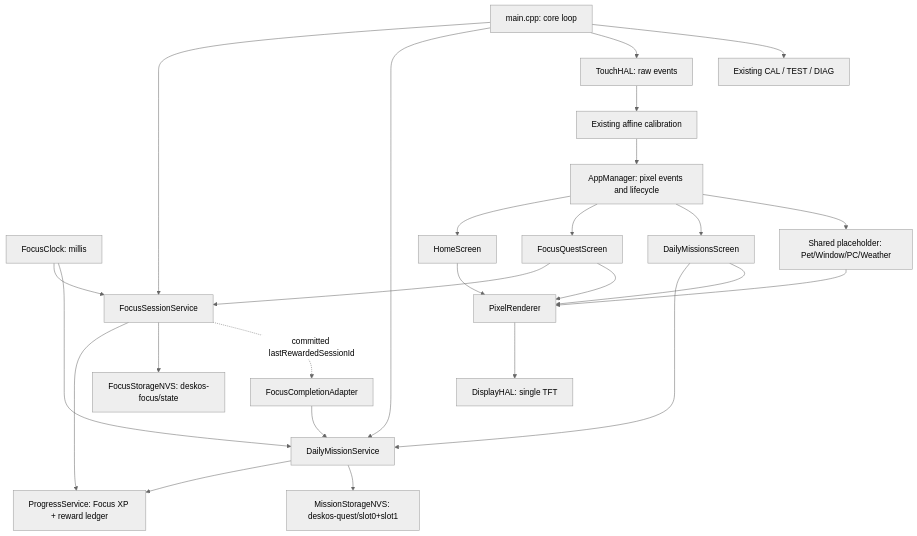
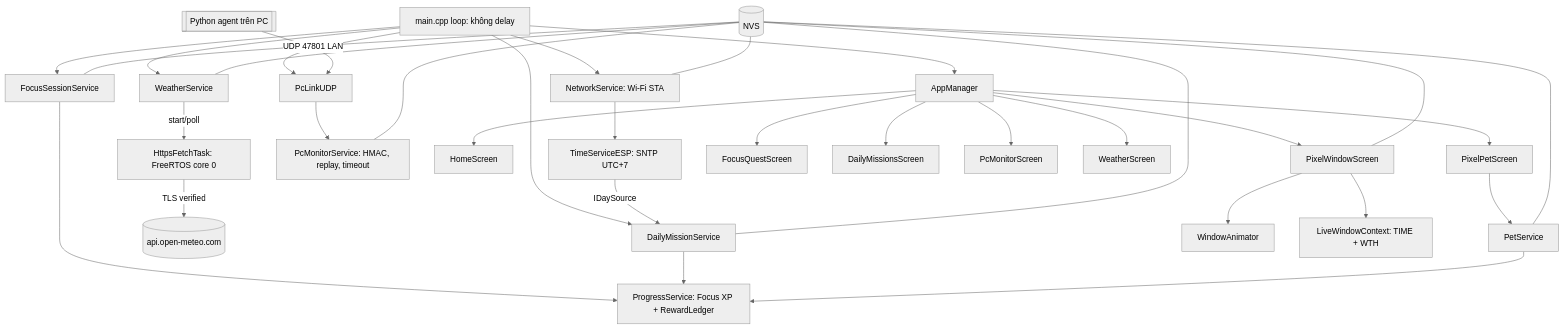
One commit to Porsona/ESP32 changed the diagram in docs/ARCHITECTURE.md. Above: the diagram before and after it, drawn with Mermaid (neutral theme). The commit also changed other lines of this file and 24 other files, not shown here.

````diff
--- a/docs/ARCHITECTURE.md
+++ b/docs/ARCHITECTURE.md
@@ -29,28 +34,26 @@
 ```mermaid
 flowchart TD
-    MAIN[main.cpp: core loop] --> TIMER[FocusSessionService]
-    MAIN --> MISSION[DailyMissionService]
-    CLOCK[FocusClock: millis] --> TIMER
-    CLOCK --> MISSION
-    TIMER --> PROGRESS[ProgressService: Focus XP + reward ledger]
-    MISSION --> PROGRESS
-    TIMER --> FSTORE[FocusStorageNVS: deskos-focus/state]
-    MISSION --> MSTORE[MissionStorageNVS: deskos-quest/slot0+slot1]
-    ADAPTER[FocusCompletionAdapter] --> MISSION
-    TIMER -. committed lastRewardedSessionId .-> ADAPTER
-    MAIN --> TOUCH[TouchHAL: raw events]
-    TOUCH --> MAP[Existing affine calibration]
-    MAP --> MANAGER[AppManager: pixel events and lifecycle]
-    MANAGER --> HOME[HomeScreen]
-    MANAGER --> FOCUS[FocusQuestScreen]
-    MANAGER --> MISSIONS[DailyMissionsScreen]
-    MANAGER --> PLACE[Shared placeholder: Pet/Window/PC/Weather]
-    FOCUS --> TIMER
-    MISSIONS --> MISSION
-    HOME --> PIXEL[PixelRenderer]
-    FOCUS --> PIXEL
-    MISSIONS --> PIXEL
-    PLACE --> PIXEL
-    PIXEL --> DISPLAY[DisplayHAL: single TFT]
-    MAIN --> RECOVERY[Existing CAL / TEST / DIAG]
+    LOOP[main.cpp loop: không delay] --> FOCUS[FocusSessionService]
+    LOOP --> NET[NetworkService: Wi-Fi STA]
+    LOOP --> MIS[DailyMissionService]
+    LOOP --> WTH[WeatherService]
+    LOOP --> PCL[PcLinkUDP]
+    LOOP --> MGR[AppManager]
+    NET --> TIME[TimeServiceESP: SNTP UTC+7]
+    WTH -->|start/poll| HTTPS[HttpsFetchTask: FreeRTOS core 0]
+    HTTPS -->|TLS verified| OM[(api.open-meteo.com)]
+    PCL --> PCS[PcMonitorService: HMAC, replay, timeout]
+    AGENT[[Python agent trên PC]] -->|UDP 47801 LAN| PCL
+    FOCUS --> PROG[ProgressService: Focus XP + RewardLedger]
+    MIS --> PROG
+    TIME -->|IDaySource| MIS
+    MGR --> HOME[HomeScreen]
+    MGR --> S1[PixelPetScreen] --> PET[PetService] --> PROG
+    MGR --> S2[PixelWindowScreen] --> ANI[WindowAnimator]
+    S2 --> CTX[LiveWindowContext: TIME + WTH]
+    MGR --> S3[FocusQuestScreen]
+    MGR --> S4[DailyMissionsScreen]
+    MGR --> S5[PcMonitorScreen]
+    MGR --> S6[WeatherScreen]
+    STORE[(NVS)] --- FOCUS & MIS & PET & S2 & WTH & NET & PCS
 ```
````
